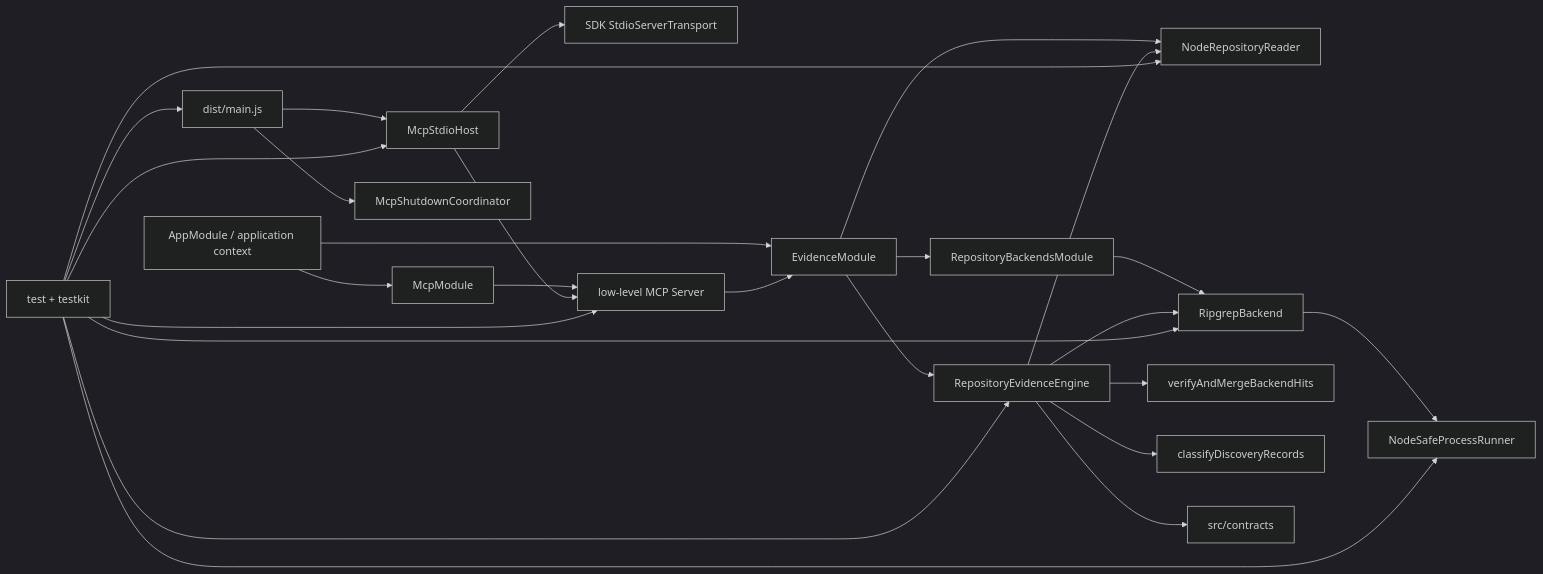
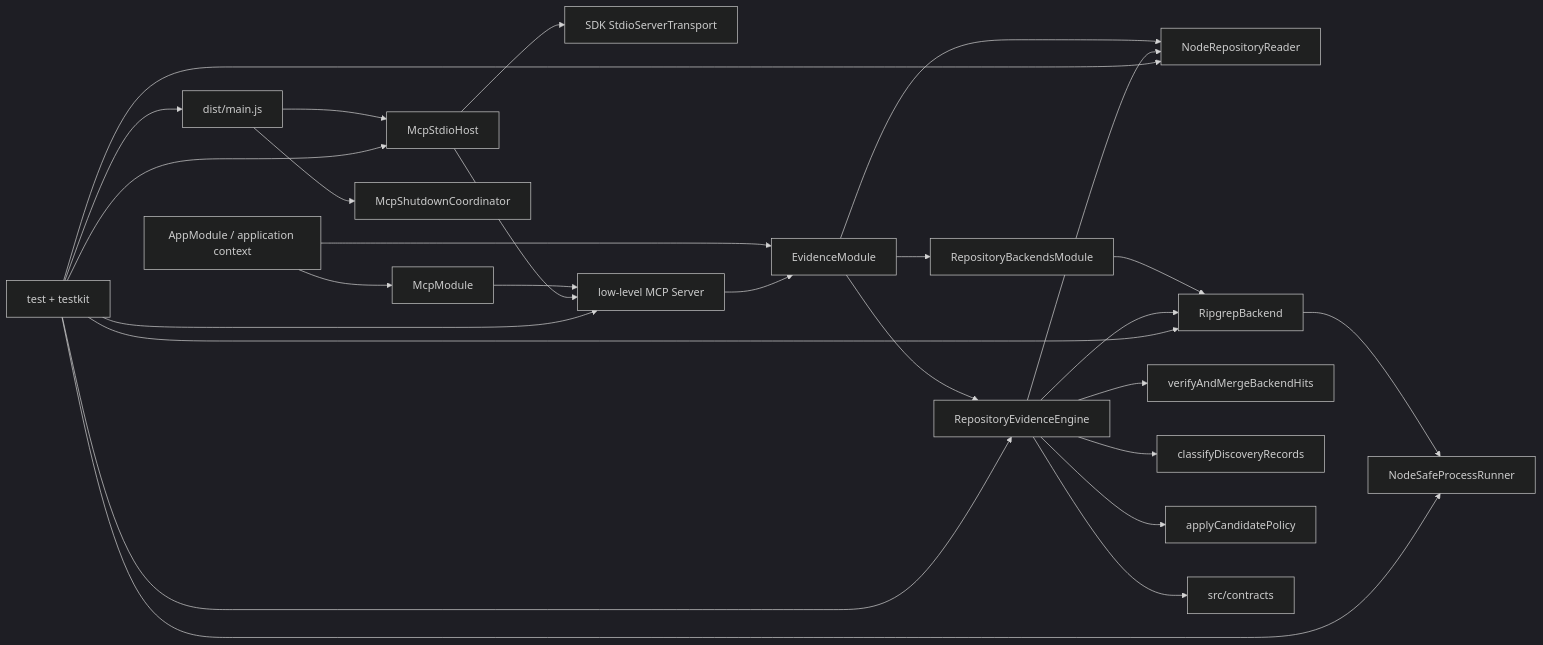
One commit to gchigoo/repo-nav changed the diagram in .codestable/architecture/system-repo-nav-foundation.md. Above: the diagram before and after it, drawn with Mermaid (dark theme). The commit also changed other lines of this file and 42 other files, not shown here.

Commit message:
feat: add bounded candidate evidence policy

````diff
--- a/.codestable/architecture/system-repo-nav-foundation.md
+++ b/.codestable/architecture/system-repo-nav-foundation.md
@@ -34,28 +36,29 @@
 ```mermaid
 flowchart LR
   App["AppModule / application context"] --> Evidence["EvidenceModule"]
   App --> Mcp["McpModule"]
   Entry["dist/main.js"] --> Host["McpStdioHost"]
   Entry --> Shutdown["McpShutdownCoordinator"]
   Host --> Transport["SDK StdioServerTransport"]
   Mcp --> Server["low-level MCP Server"]
   Host --> Server
   Server --> Evidence
   Evidence --> Engine["RepositoryEvidenceEngine"]
   Evidence --> Reader["NodeRepositoryReader"]
   Evidence --> Backends["RepositoryBackendsModule"]
   Backends --> Ripgrep["RipgrepBackend"]
   Ripgrep --> Process["NodeSafeProcessRunner"]
   Engine --> Ripgrep
   Engine --> Reader
   Engine --> Merge["verifyAndMergeBackendHits"]
   Engine --> Classifier["classifyDiscoveryRecords"]
+  Engine --> Candidate["applyCandidatePolicy"]
   Engine --> Contracts["src/contracts"]
   Tests["test + testkit"] --> Engine
   Tests --> Ripgrep
   Tests --> Reader
   Tests --> Process
   Tests --> Server
   Tests --> Host
   Tests --> Entry
 ```
````
